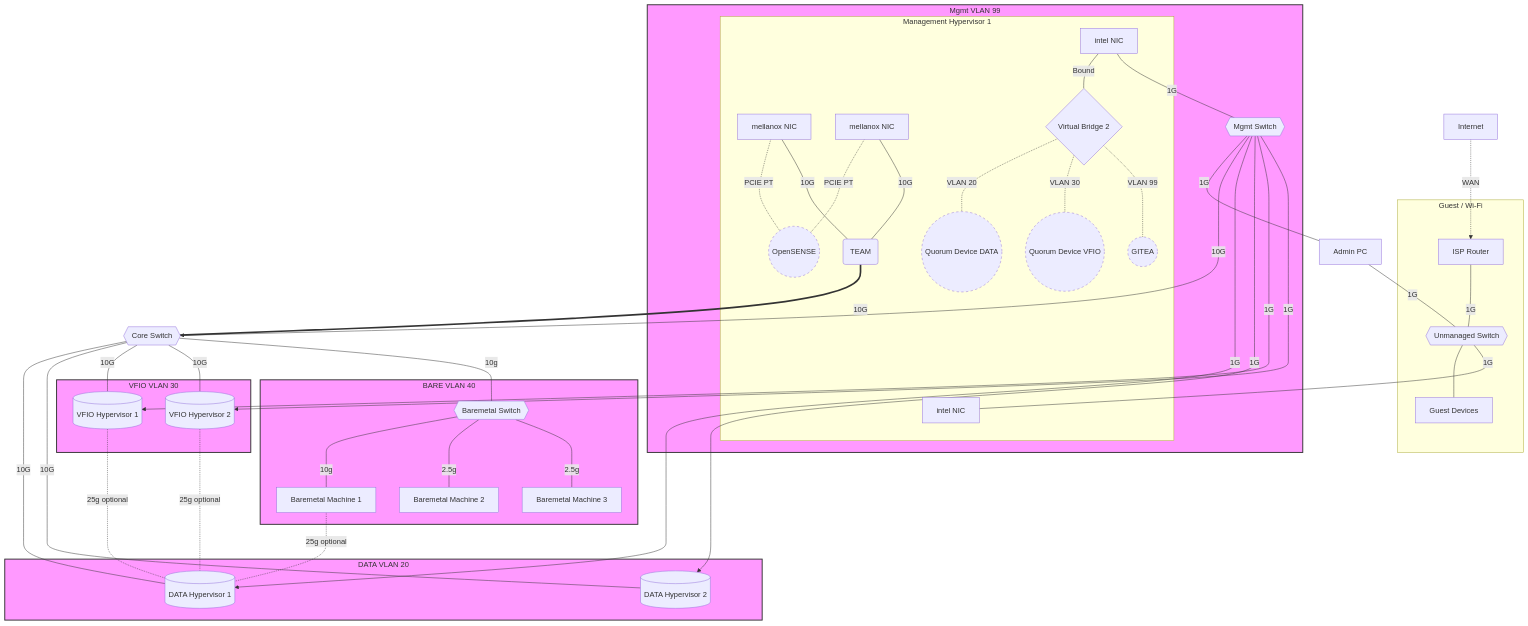
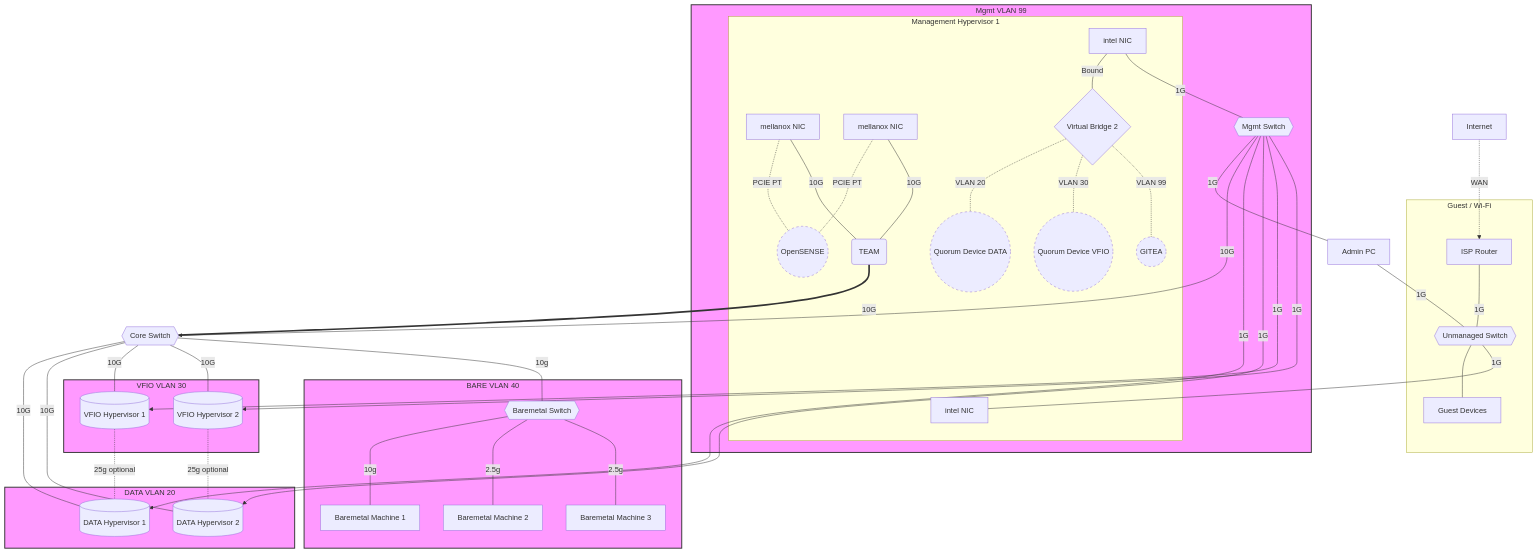
One commit to woeiru/lab changed the diagram in alp/netop.md. Above: the diagram before and after it, drawn with Mermaid.

Commit message:
alp/netop.md: update VH2 to DH2 optional connection

```diff
--- a/alp/netop.md
+++ b/alp/netop.md
@@ -43,11 +43,10 @@
     CS ---|"10G"| VH2[(VFIO Hypervisor 2)]
 
     VH1 -.-|"25g optional"| DH1
-    VH2 -.-|"25g optional"| DH1
+    VH2 -.-|"25g optional"| DH2
 
     CS ---|"10g"| BMS{{Baremetal Switch}}
     BMS ---|"10g"| BM1[Baremetal Machine 1]
-    BM1 -.-|"25g optional"| DH1
     BMS ---|"2.5g"| BM2[Baremetal Machine 2]
     BMS ---|"2.5g"| BM3[Baremetal Machine 3]
 
```
